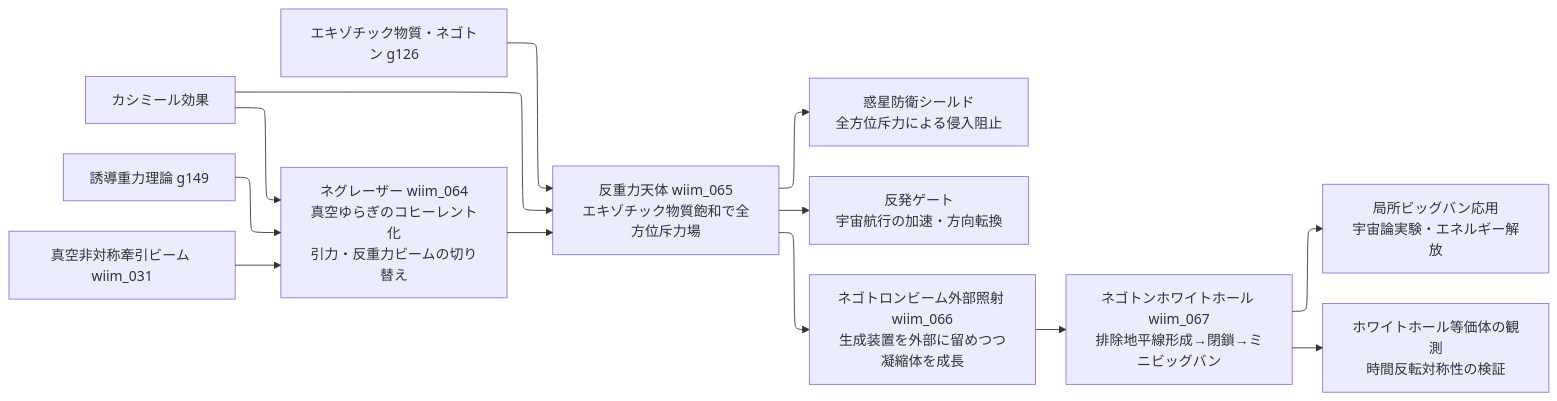
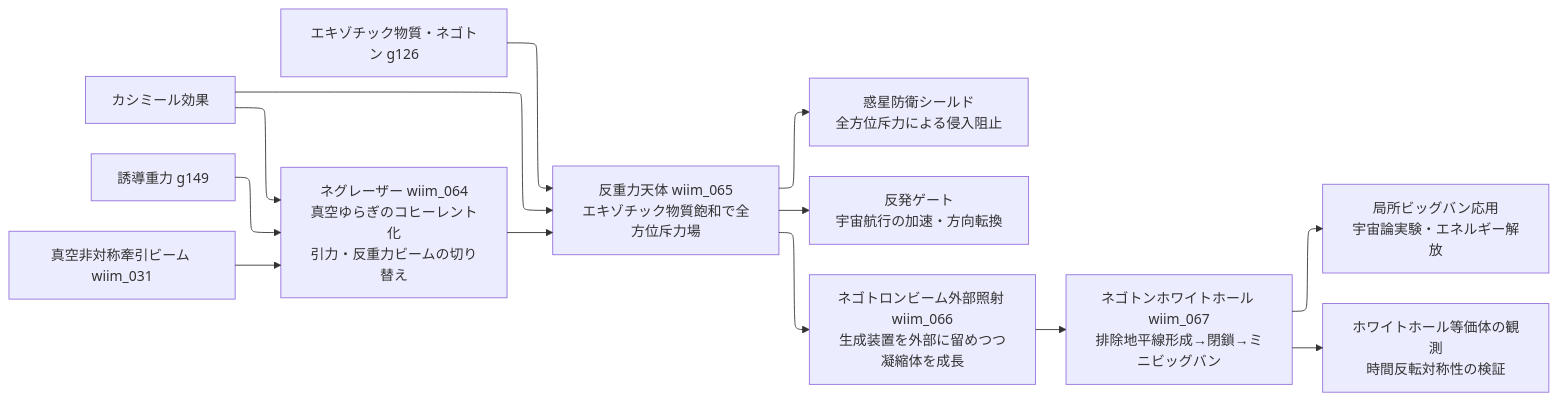
One commit to theronium/WhatIfImpossible changed the tenth of 11 diagrams in docs/notes/tech_tree.md. Above: the diagram before and after it, drawn with Mermaid. The commit also changed other lines of this file and 73 other files, not shown here.

````diff
--- a/docs/notes/tech_tree.md
+++ b/docs/notes/tech_tree.md
@@ -519,24 +519,24 @@
 ```mermaid
 %%{init: {"layout": "elk"}}%%
 flowchart LR
     AG0A[カシミール効果]
-    AG0B[誘導重力理論 g149]
+    AG0B[誘導重力 g149]
     AG0C[エキゾチック物質・ネゴトン g126]
     AG0D[真空非対称牽引ビーム wiim_031]
 
     AG0A --> AG1[ネグレーザー wiim_064\n真空ゆらぎのコヒーレント化\n引力・反重力ビームの切り替え]
     AG0B --> AG1
     AG0D --> AG1
 
     AG0A --> AG2[反重力天体 wiim_065\nエキゾチック物質飽和で全方位斥力場]
     AG0C --> AG2
     AG1 --> AG2
 
     AG2 --> AG3[惑星防衛シールド\n全方位斥力による侵入阻止]
     AG2 --> AG4[反発ゲート\n宇宙航行の加速・方向転換]
 
     AG2 --> AG5[ネゴトロンビーム外部照射 wiim_066\n生成装置を外部に留めつつ凝縮体を成長]
     AG5 --> AG6[ネゴトンホワイトホール wiim_067\n排除地平線形成→閉鎖→ミニビッグバン]
     AG6 --> AG7[局所ビッグバン応用\n宇宙論実験・エネルギー解放]
     AG6 --> AG8[ホワイトホール等価体の観測\n時間反転対称性の検証]
 ```
````
